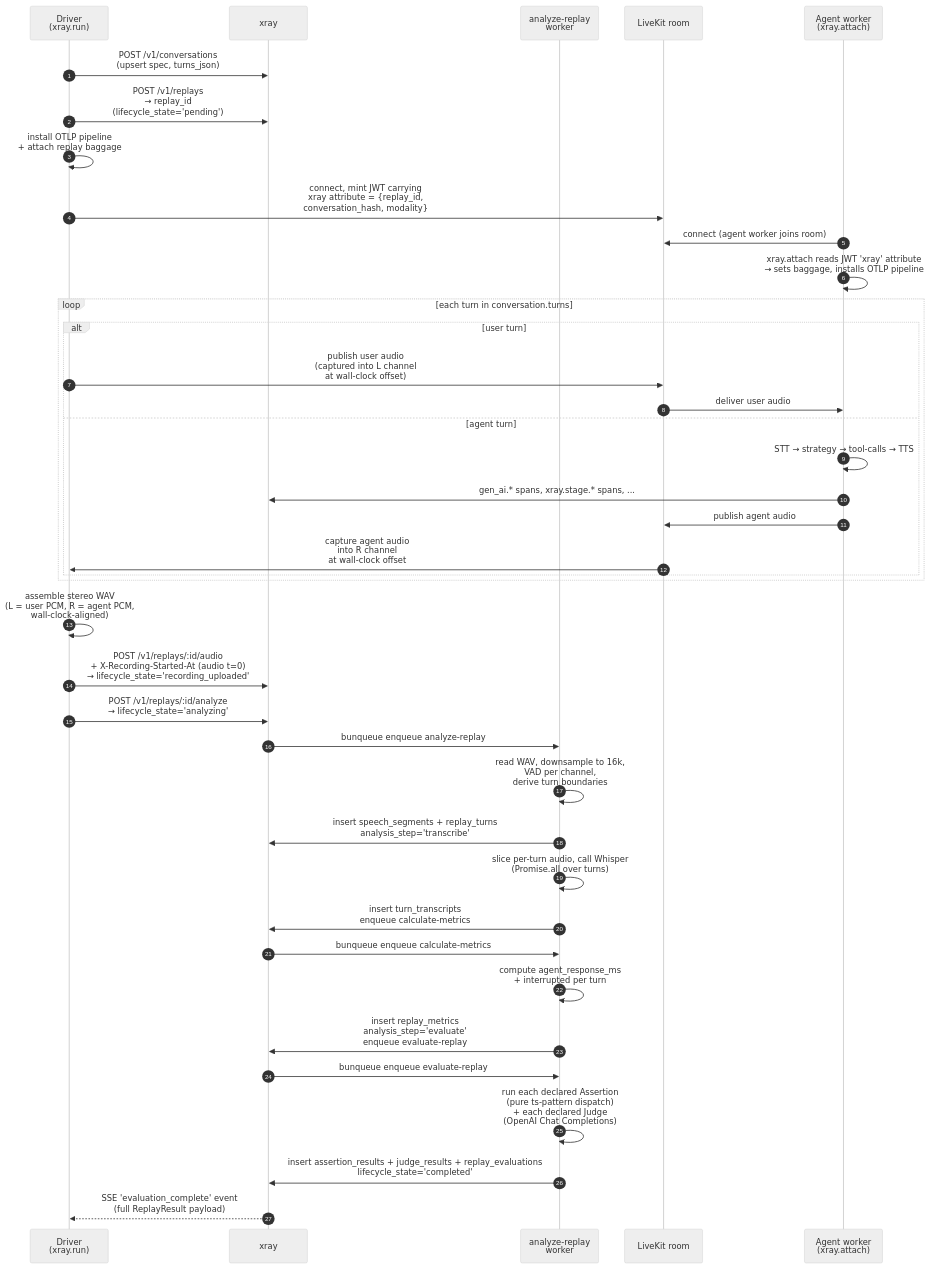
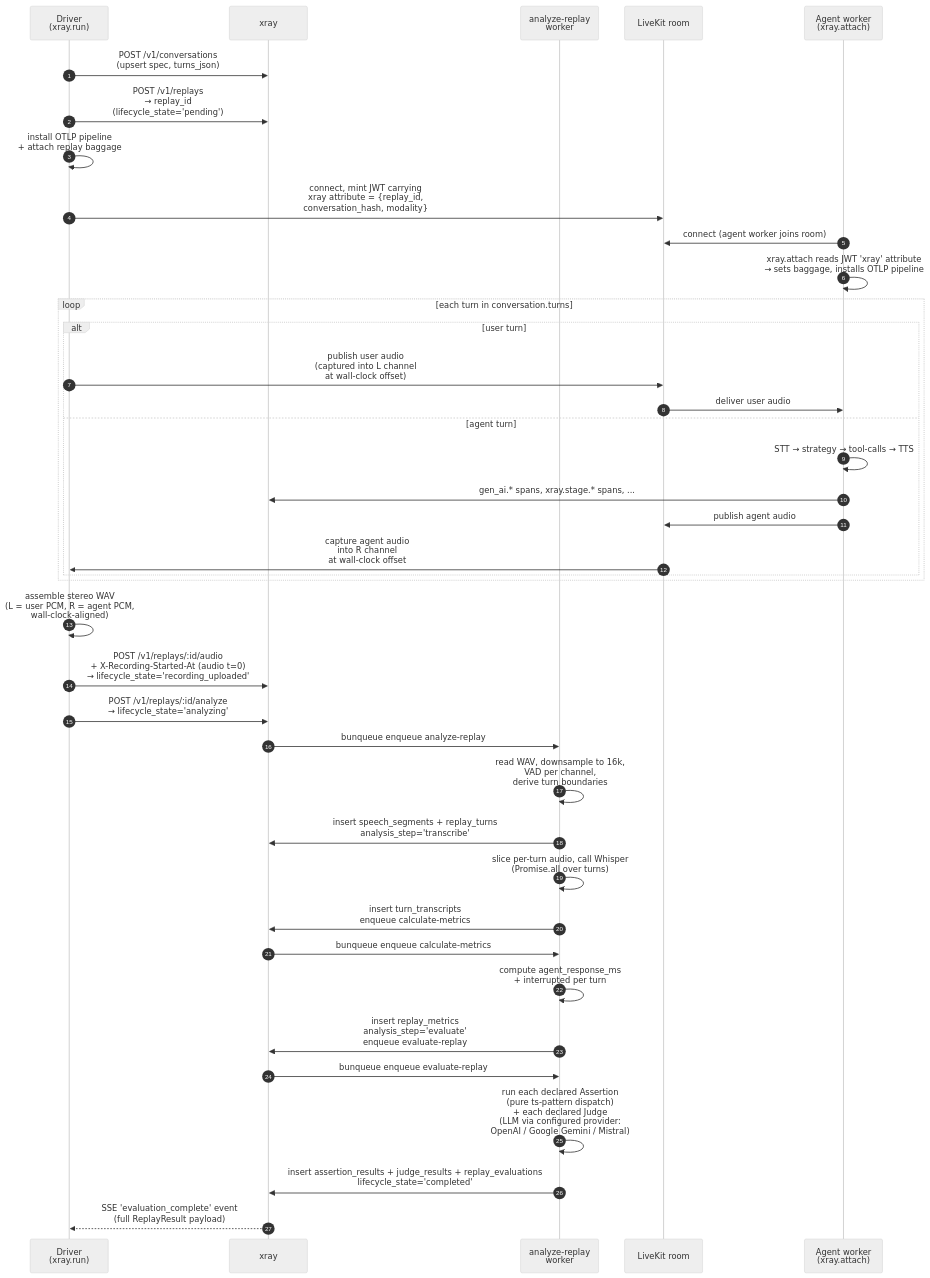
One commit to xray-eval/xray changed the third of 5 diagrams in docs/architecture.md. Above: the diagram before and after it, drawn with Mermaid (neutral theme). The commit also changed other lines of this file and 14 other files, not shown here.

````diff
--- a/docs/architecture.md
+++ b/docs/architecture.md
@@ -248,44 +260,44 @@
 ```mermaid
 sequenceDiagram
     autonumber
     participant D as Driver<br/>(xray.run)
     participant X as xray
     participant W as analyze-replay<br/>worker
     participant LK as LiveKit room
     participant A as Agent worker<br/>(xray.attach)
 
     D->>X: POST /v1/conversations<br/>(upsert spec, turns_json)
     D->>X: POST /v1/replays<br/>→ replay_id<br/>(lifecycle_state='pending')
     D->>D: install OTLP pipeline<br/>+ attach replay baggage
     D->>LK: connect, mint JWT carrying<br/>xray attribute = {replay_id,<br/>conversation_hash, modality}
     A->>LK: connect (agent worker joins room)
     A->>A: xray.attach reads JWT 'xray' attribute<br/>→ sets baggage, installs OTLP pipeline
 
     loop each turn in conversation.turns
       alt user turn
         D->>LK: publish user audio<br/>(captured into L channel<br/>at wall-clock offset)
         LK->>A: deliver user audio
       else agent turn
         A->>A: STT → strategy → tool-calls → TTS
         A->>X: gen_ai.* spans, xray.stage.* spans, ...
         A->>LK: publish agent audio
         LK->>D: capture agent audio<br/>into R channel<br/>at wall-clock offset
       end
     end
 
     D->>D: assemble stereo WAV<br/>(L = user PCM, R = agent PCM,<br/>wall-clock-aligned)
     D->>X: POST /v1/replays/:id/audio<br/>+ X-Recording-Started-At (audio t=0)<br/>→ lifecycle_state='recording_uploaded'
     D->>X: POST /v1/replays/:id/analyze<br/>→ lifecycle_state='analyzing'
     X->>W: bunqueue enqueue analyze-replay
     W->>W: read WAV, downsample to 16k,<br/>VAD per channel,<br/>derive turn boundaries
     W->>X: insert speech_segments + replay_turns<br/>analysis_step='transcribe'
     W->>W: slice per-turn audio, call Whisper<br/>(Promise.all over turns)
     W->>X: insert turn_transcripts<br/>enqueue calculate-metrics
     X->>W: bunqueue enqueue calculate-metrics
     W->>W: compute agent_response_ms<br/>+ interrupted per turn
     W->>X: insert replay_metrics<br/>analysis_step='evaluate'<br/>enqueue evaluate-replay
     X->>W: bunqueue enqueue evaluate-replay
-    W->>W: run each declared Assertion<br/>(pure ts-pattern dispatch)<br/>+ each declared Judge<br/>(OpenAI Chat Completions)
+    W->>W: run each declared Assertion<br/>(pure ts-pattern dispatch)<br/>+ each declared Judge<br/>(LLM via configured provider:<br/>OpenAI / Google Gemini / Mistral)
     W->>X: insert assertion_results + judge_results + replay_evaluations<br/>lifecycle_state='completed'
     X-->>D: SSE 'evaluation_complete' event<br/>(full ReplayResult payload)
 ```
````
